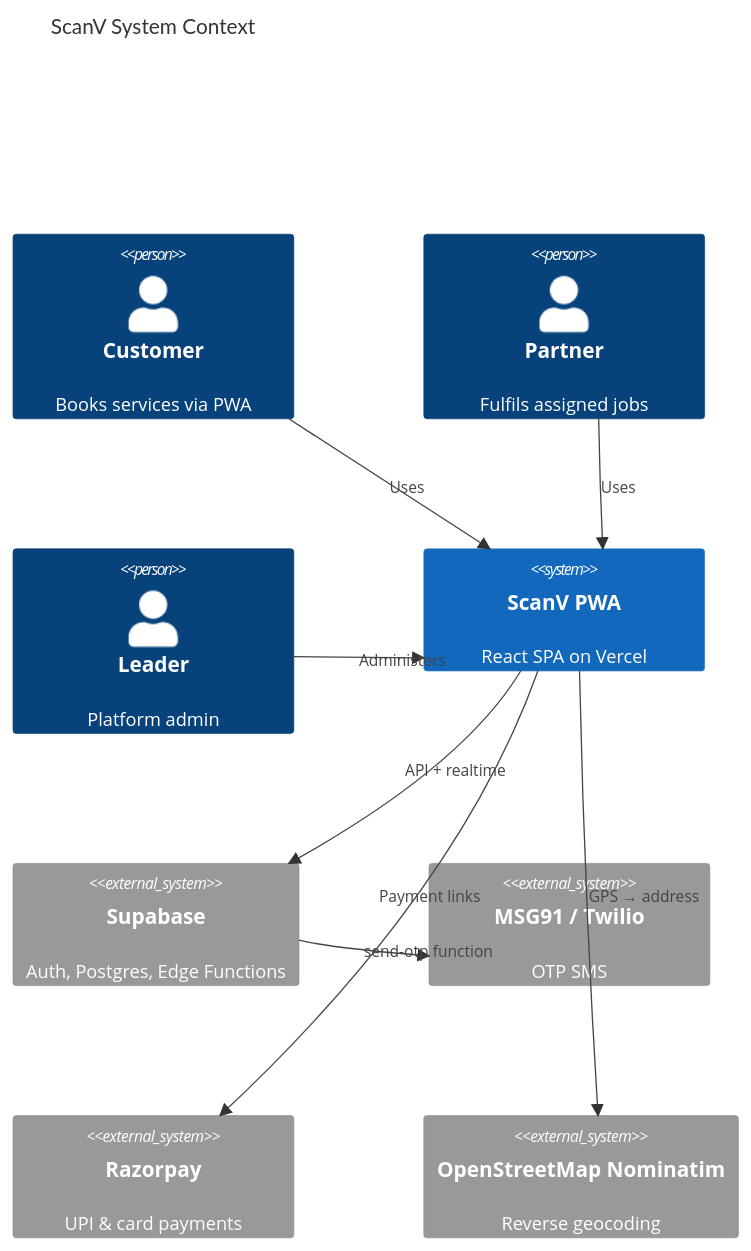
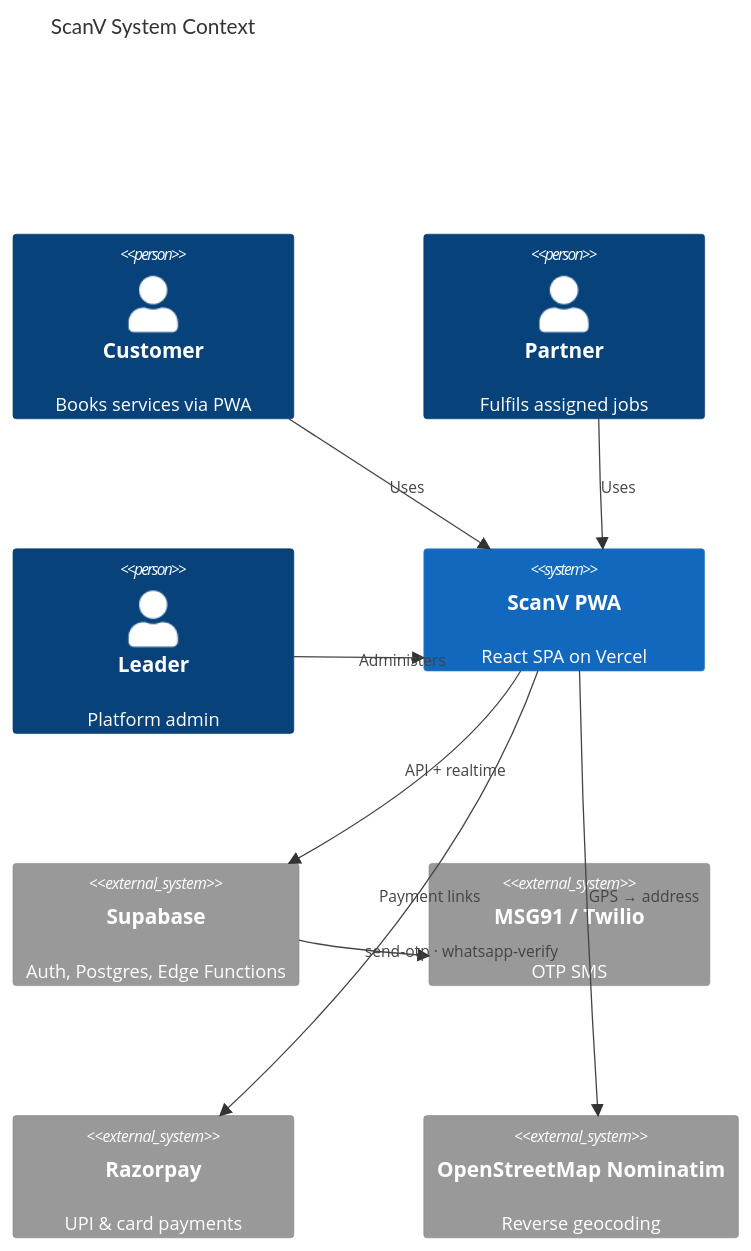
One commit to scanversecorp/scanverse changed the first of 4 diagrams in docs/ScanV-Architecture.md. Above: the diagram before and after it, drawn with Mermaid. The commit also changed other lines of this file and 4 other files, not shown here.

First line of the commit message:
Add whatsapp-verify edge function for SMS OTP backup.

````diff
--- a/docs/ScanV-Architecture.md
+++ b/docs/ScanV-Architecture.md
@@ -9,22 +9,22 @@
 ```mermaid
 C4Context
     title ScanV System Context
 
     Person(customer, "Customer", "Books services via PWA")
     Person(partner, "Partner", "Fulfils assigned jobs")
     Person(leader, "Leader", "Platform admin")
 
     System(scanv, "ScanV PWA", "React SPA on Vercel")
     System_Ext(supabase, "Supabase", "Auth, Postgres, Edge Functions")
     System_Ext(msg91, "MSG91 / Twilio", "OTP SMS")
     System_Ext(razorpay, "Razorpay", "UPI & card payments")
     System_Ext(maps, "OpenStreetMap Nominatim", "Reverse geocoding")
 
     Rel(customer, scanv, "Uses")
     Rel(partner, scanv, "Uses")
     Rel(leader, scanv, "Administers")
     Rel(scanv, supabase, "API + realtime")
-    Rel(supabase, msg91, "send-otp function")
+    Rel(supabase, msg91, "send-otp · whatsapp-verify")
     Rel(scanv, razorpay, "Payment links")
     Rel(scanv, maps, "GPS → address")
 ```
````
